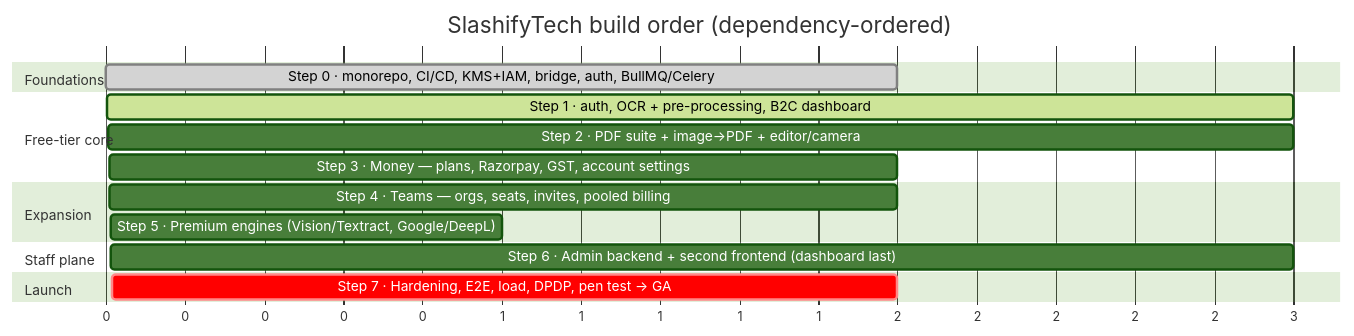
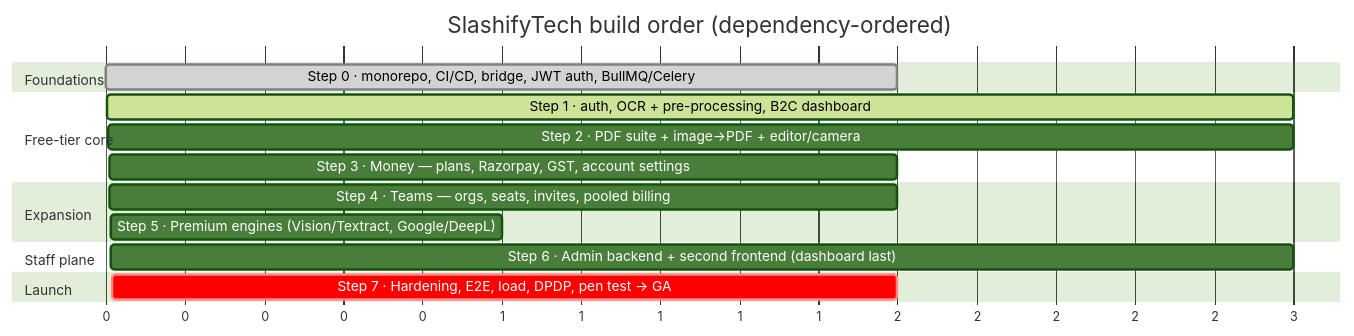
Before and after one commit to Mrutunjay50/DOCS: the ninth of 11 diagrams in architecture_diagrams.md, drawn with Mermaid (forest theme). The commit also changed other lines of this file, not shown here.

````diff
--- a/architecture_diagrams.md
+++ b/architecture_diagrams.md
@@ -427,24 +421,24 @@
 ```mermaid
 gantt
     title SlashifyTech build order (dependency-ordered)
     dateFormat X
     axisFormat %s
 
     section Foundations
-    Step 0 · monorepo, CI/CD, KMS+IAM, bridge, auth, BullMQ/Celery   :done, s0, 0, 2
+    Step 0 · monorepo, CI/CD, bridge, JWT auth, BullMQ/Celery        :done, s0, 0, 2
 
     section Free-tier core
     Step 1 · auth, OCR + pre-processing, B2C dashboard              :active, s1, 2, 3
     Step 2 · PDF suite + image→PDF + editor/camera                 :s2, 5, 3
     Step 3 · Money — plans, Razorpay, GST, account settings        :s3, 8, 2
 
     section Expansion
     Step 4 · Teams — orgs, seats, invites, pooled billing          :s4, 10, 2
     Step 5 · Premium engines (Vision/Textract, Google/DeepL)       :s5, 12, 1
 
     section Staff plane
     Step 6 · Admin backend + second frontend (dashboard last)      :s6, 13, 3
 
     section Launch
     Step 7 · Hardening, E2E, load, DPDP, pen test → GA             :crit, s7, 16, 2
 ```
````
